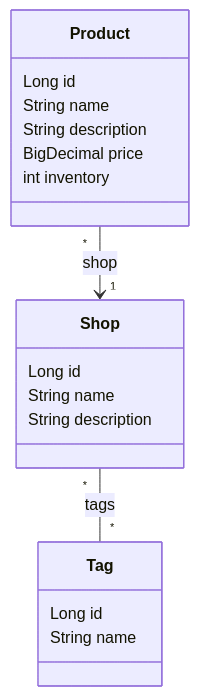
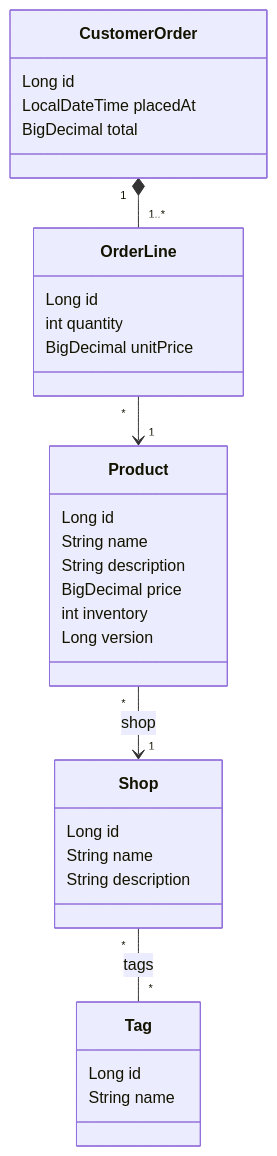
One commit to JacobA31/Mini-Shopify changed the first of 2 diagrams in README.md. Above: the diagram before and after it, drawn with Mermaid. The commit also changed other lines of this file and 4 other files, not shown here.

````diff
--- a/README.md
+++ b/README.md
@@ -98,21 +98,34 @@
 ```mermaid
 classDiagram
     class Shop {
         Long id
         String name
         String description
     }
     class Tag {
         Long id
         String name
     }
     class Product {
         Long id
         String name
         String description
         BigDecimal price
         int inventory
+        Long version
+    }
+    class CustomerOrder {
+        Long id
+        LocalDateTime placedAt
+        BigDecimal total
+    }
+    class OrderLine {
+        Long id
+        int quantity
+        BigDecimal unitPrice
     }
     Shop "*" -- "*" Tag : tags
     Product "*" --> "1" Shop : shop
+    CustomerOrder "1" *-- "1..*" OrderLine
+    OrderLine "*" --> "1" Product
 ```
````
